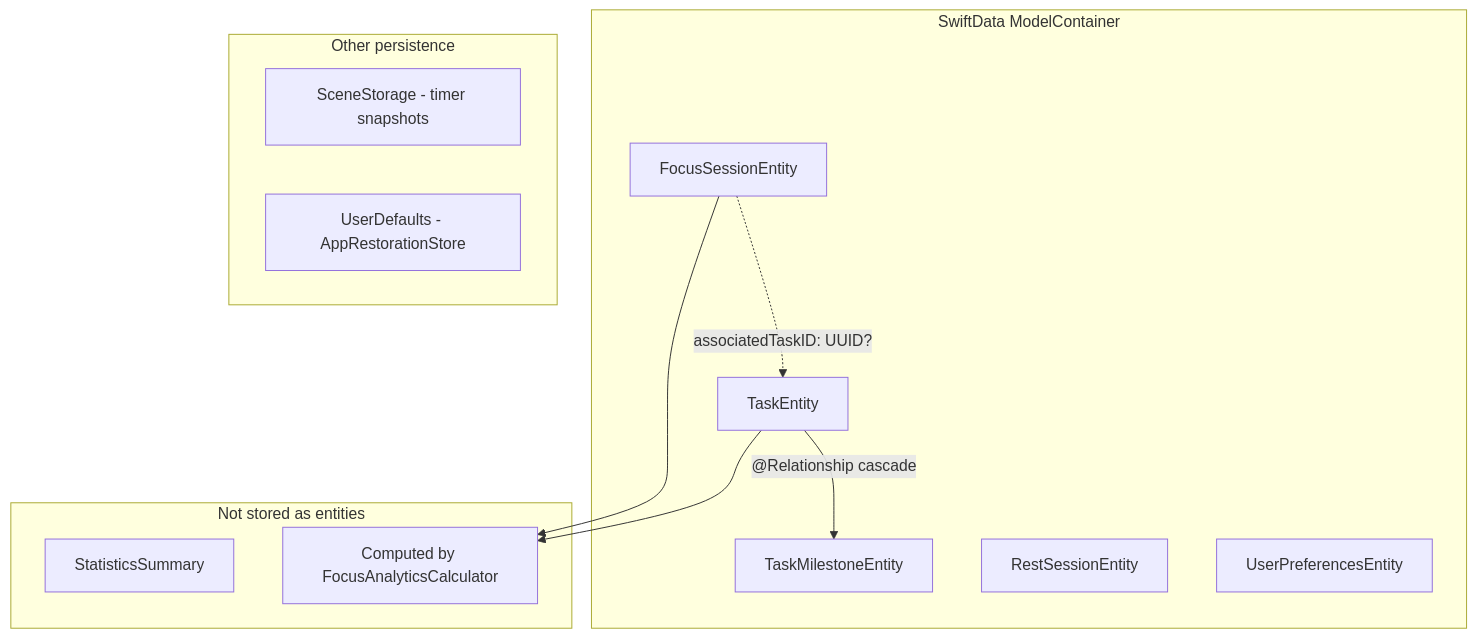
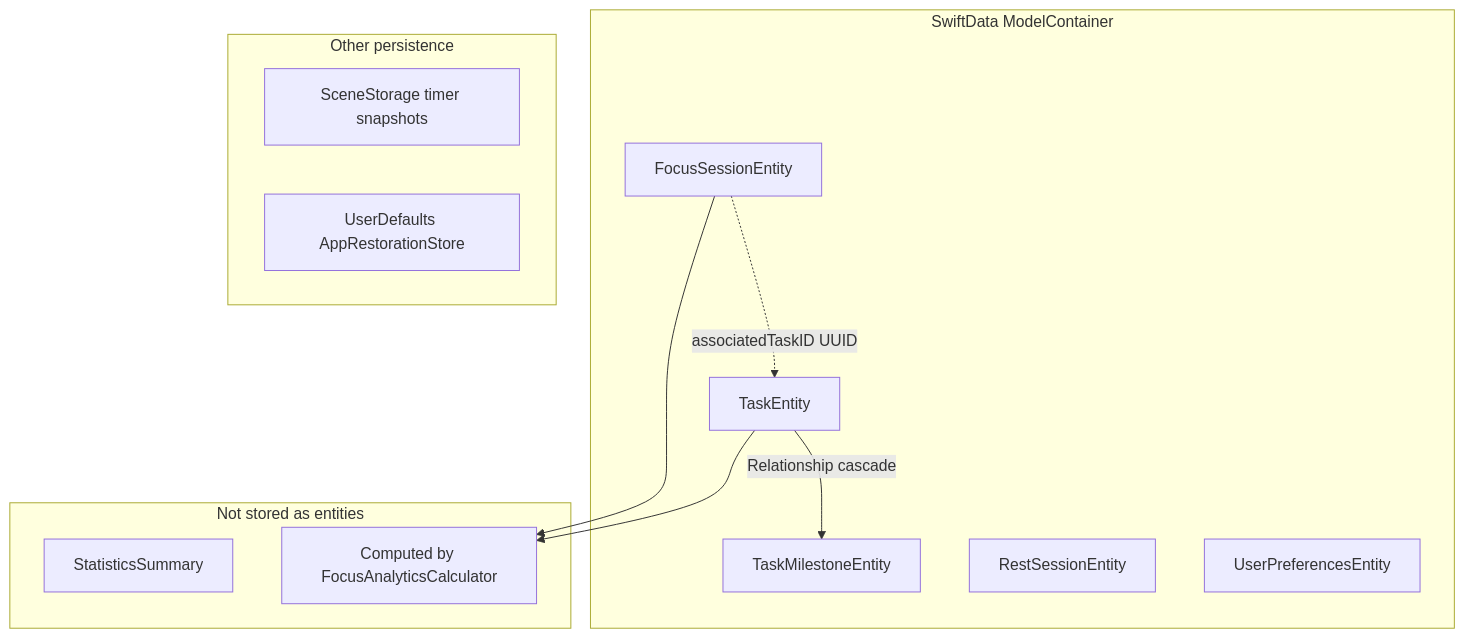
The second of 4 diagrams in docs/interview-guide/06-persistence.md (nguyenquanghuy22041990/FocusUp), drawn with Mermaid before and after one commit. The commit also changed other lines of this file and 30 other files, not shown here.

````diff
--- a/docs/interview-guide/06-persistence.md
+++ b/docs/interview-guide/06-persistence.md
@@ -114,26 +114,26 @@
 ```mermaid
 flowchart TB
-    subgraph swiftdata [SwiftData ModelContainer]
+    subgraph swiftdata ["SwiftData ModelContainer"]
         TE[TaskEntity]
         TME[TaskMilestoneEntity]
         FSE[FocusSessionEntity]
         RSE[RestSessionEntity]
         UPE[UserPreferencesEntity]
     end
 
-    TE -->|"@Relationship cascade"| TME
-    FSE -.->|"associatedTaskID: UUID?"| TE
+    TE -->|"Relationship cascade"| TME
+    FSE -.->|"associatedTaskID UUID"| TE
 
-    subgraph not_in_db [Not stored as entities]
+    subgraph not_in_db ["Not stored as entities"]
         STATS[StatisticsSummary]
         STATS2["Computed by FocusAnalyticsCalculator"]
     end
 
     FSE --> STATS2
     TE --> STATS2
 
-    subgraph other_stores [Other persistence]
-        SS[SceneStorage - timer snapshots]
-        UD[UserDefaults - AppRestorationStore]
+    subgraph other_stores ["Other persistence"]
+        SS["SceneStorage timer snapshots"]
+        UD["UserDefaults AppRestorationStore"]
     end
 ```
````
